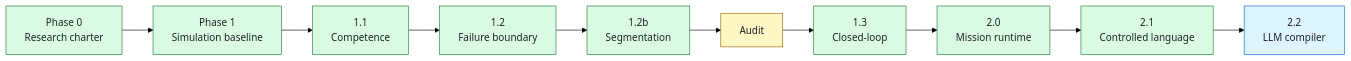
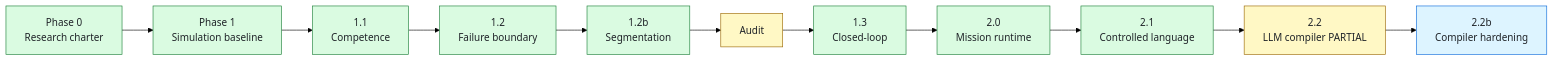
One commit to Anhao1314/g1-jev-swarm-lab changed the diagram in docs/lab-notebook/timeline.md. Above: the diagram before and after it, drawn with Mermaid (forest theme). The commit also changed other lines of this file and 8 other files, not shown here.

First line of the commit message:
docs: record Phase 2.2 LLM compiler partial result

````diff
--- a/docs/lab-notebook/timeline.md
+++ b/docs/lab-notebook/timeline.md
@@ -7,19 +7,21 @@
 ```mermaid
 flowchart LR
     P0["Phase 0<br/>Research charter"] --> P1["Phase 1<br/>Simulation baseline"]
     P1 --> P11["1.1<br/>Competence"]
     P11 --> P12["1.2<br/>Failure boundary"]
     P12 --> P12B["1.2b<br/>Segmentation"]
     P12B --> A["Audit"]
     A --> P13["1.3<br/>Closed-loop"]
     P13 --> P20["2.0<br/>Mission runtime"]
     P20 --> P21["2.1<br/>Controlled language"]
-    P21 --> P22["2.2<br/>LLM compiler"]
+    P21 --> P22["2.2<br/>LLM compiler PARTIAL"]
+    P22 --> P22B["2.2b<br/>Compiler hardening"]
 
     classDef done fill:#dafbe1,stroke:#1a7f37,color:#1f2328;
     classDef audit fill:#fff8c5,stroke:#9a6700,color:#1f2328;
     classDef current fill:#ddf4ff,stroke:#0969da,color:#1f2328;
     class P0,P1,P11,P12,P12B,P13,P20,P21 done;
     class A audit;
-    class P22 current;
+    class P22 audit;
+    class P22B current;
 ```
````
